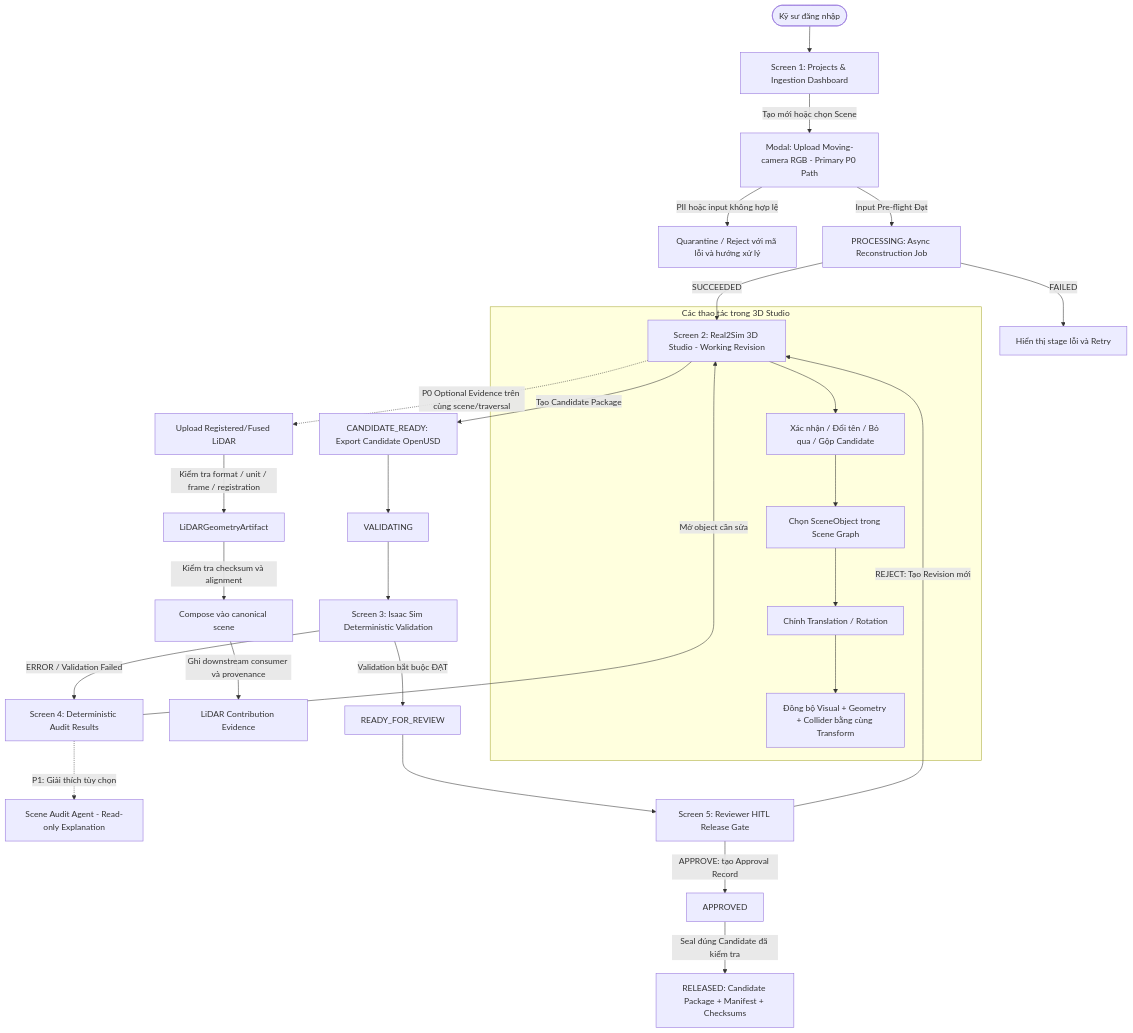
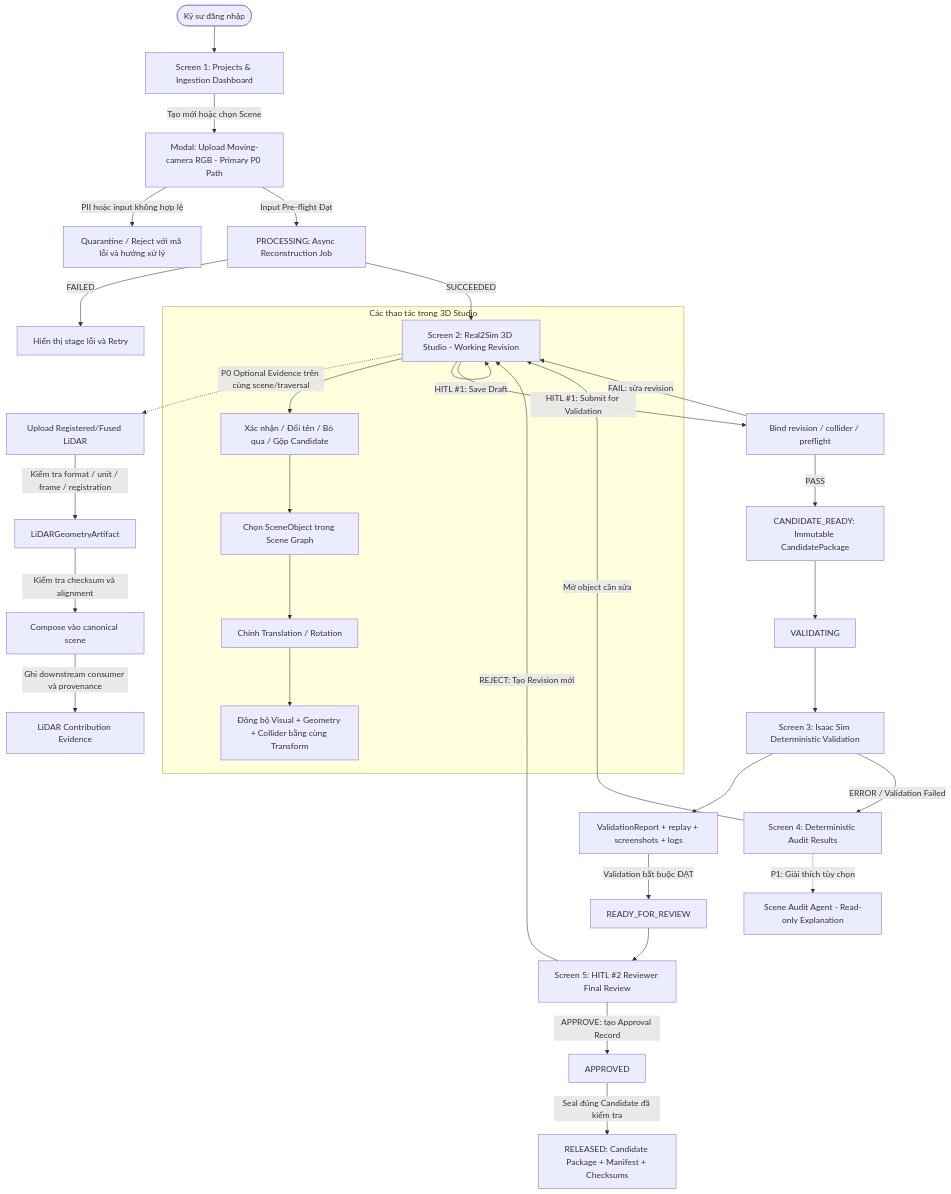
The diagram in docs/WIREFRAME_AND_UI_FLOW.md (awun0105/P-087), drawn with Mermaid before and after one commit. The commit also changed other lines of this file and 9 other files, not shown here.

Commit message:
docs(workflow): align HITL review and replay evidence

````diff
--- a/docs/WIREFRAME_AND_UI_FLOW.md
+++ b/docs/WIREFRAME_AND_UI_FLOW.md
@@ -22,37 +22,41 @@
 ```mermaid
 flowchart TD
     Start([Kỹ sư đăng nhập]) --> Dashboard[Screen 1: Projects & Ingestion Dashboard]
     
     Dashboard -->|Tạo mới hoặc chọn Scene| IngestModal[Modal: Upload Moving-camera RGB - Primary P0 Path]
     IngestModal -->|PII hoặc input không hợp lệ| RejectInput[Quarantine / Reject với mã lỗi và hướng xử lý]
     IngestModal -->|Input Pre-flight Đạt| WorkerJob[PROCESSING: Async Reconstruction Job]
     WorkerJob -->|FAILED| JobError[Hiển thị stage lỗi và Retry]
     WorkerJob -->|SUCCEEDED| Studio[Screen 2: Real2Sim 3D Studio - Working Revision]
 
     Studio -.->|P0 Optional Evidence trên cùng scene/traversal| LidarIngest[Upload Registered/Fused LiDAR]
     LidarIngest -->|Kiểm tra format / unit / frame / registration| LidarArtifact[LiDARGeometryArtifact]
     LidarArtifact -->|Kiểm tra checksum và alignment| LidarCompose[Compose vào canonical scene]
     LidarCompose -->|Ghi downstream consumer và provenance| LidarEvidence[LiDAR Contribution Evidence]
     
     subgraph Studio_Features [Các thao tác trong 3D Studio]
         Studio --> ReviewCandidate[Xác nhận / Đổi tên / Bỏ qua / Gộp Candidate]
         ReviewCandidate --> SelectObj[Chọn SceneObject trong Scene Graph]
         SelectObj --> MoveObj[Chỉnh Translation / Rotation]
         MoveObj --> SyncCol[Đồng bộ Visual + Geometry + Collider bằng cùng Transform]
     end
 
-    Studio -->|Tạo Candidate Package| CandidateReady[CANDIDATE_READY: Export Candidate OpenUSD]
+    Studio -->|HITL #1: Save Draft| Studio
+    Studio -->|HITL #1: Submit for Validation| Preflight[Bind revision / collider / preflight]
+    Preflight -->|PASS| CandidateReady[CANDIDATE_READY: Immutable CandidatePackage]
+    Preflight -->|FAIL: sửa revision| Studio
     CandidateReady --> Validate[VALIDATING]
     Validate --> SimRunner[Screen 3: Isaac Sim Deterministic Validation]
+    SimRunner --> Evidence[ValidationReport + replay + screenshots + logs]
 
     SimRunner -->|ERROR / Validation Failed| AuditPanel[Screen 4: Deterministic Audit Results]
     AuditPanel -->|Mở object cần sửa| Studio
     AuditPanel -.->|P1: Giải thích tùy chọn| AgentDrawer[Scene Audit Agent - Read-only Explanation]
 
-    SimRunner -->|Validation bắt buộc ĐẠT| ReadyReview[READY_FOR_REVIEW]
-    ReadyReview --> ReviewModal[Screen 5: Reviewer HITL Release Gate]
+    Evidence -->|Validation bắt buộc ĐẠT| ReadyReview[READY_FOR_REVIEW]
+    ReadyReview --> ReviewModal[Screen 5: HITL #2 Reviewer Final Review]
 
     ReviewModal -->|APPROVE: tạo Approval Record| Approved[APPROVED]
     Approved -->|Seal đúng Candidate đã kiểm tra| ReleaseUSD[RELEASED: Candidate Package + Manifest + Checksums]
     ReviewModal -->|REJECT: Tạo Revision mới| Studio
 ```
````
